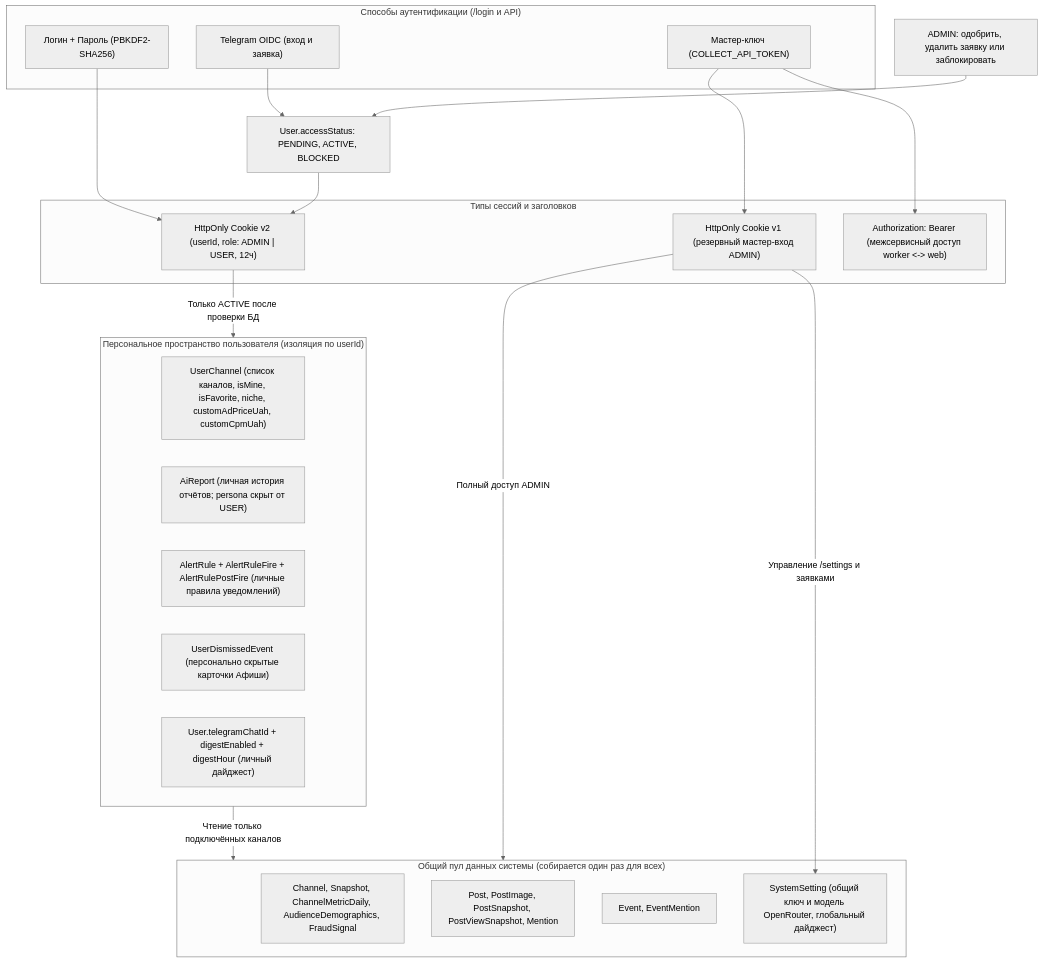
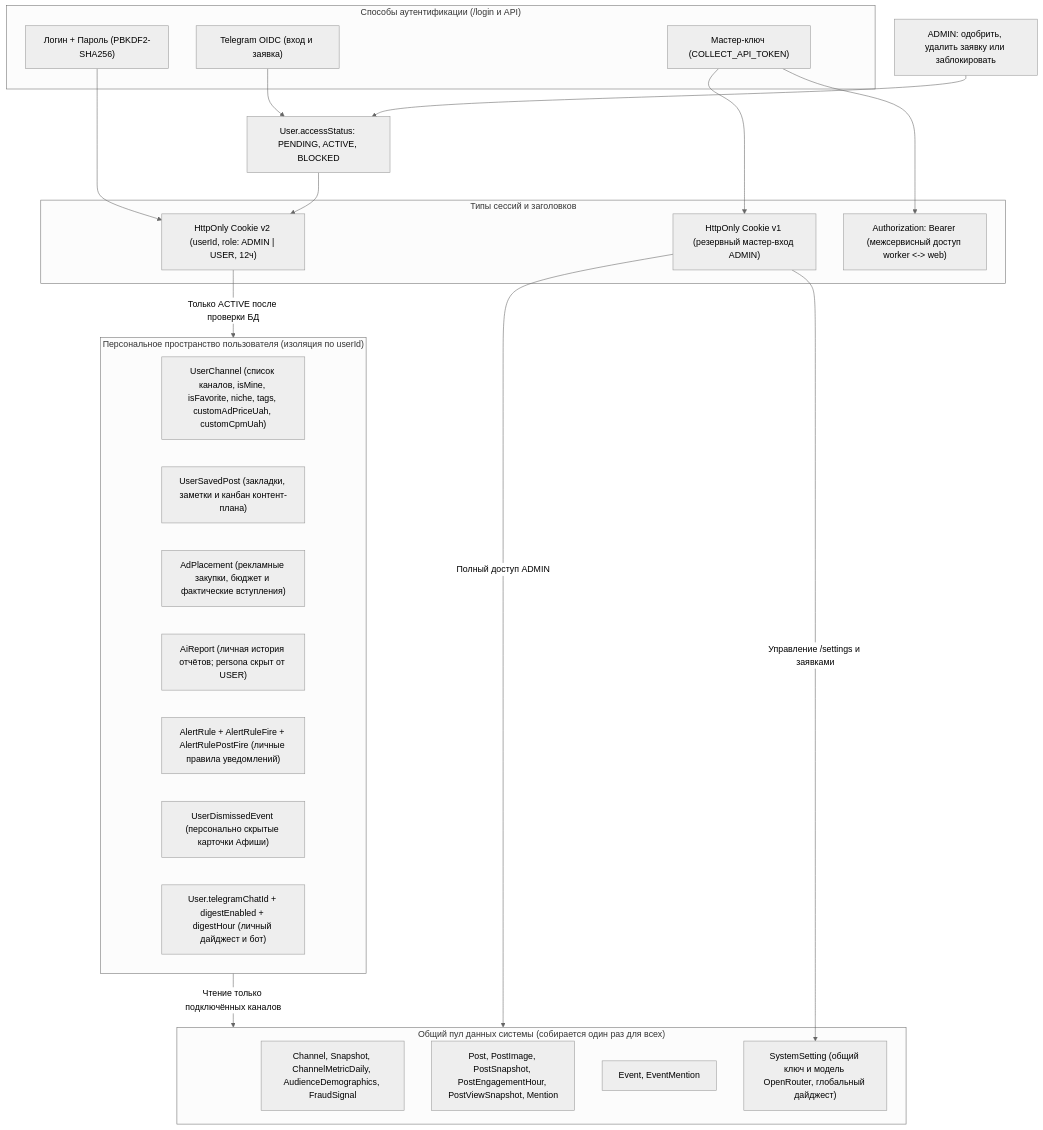
Before and after one commit to liquidsyntes/tg_mons: the fourth of 8 diagrams in docs/architecture.md, drawn with Mermaid (neutral theme). The commit also changed other lines of this file and 9 other files, not shown here.

````diff
--- a/docs/architecture.md
+++ b/docs/architecture.md
@@ -180,44 +189,46 @@
 ```mermaid
 flowchart TB
     subgraph AuthModes["Способы аутентификации (/login и API)"]
         LoginPass["Логин + Пароль (PBKDF2-SHA256)"]
         TelegramOIDC["Telegram OIDC (вход и заявка)"]
         MasterKey["Мастер-ключ (COLLECT_API_TOKEN)"]
     end
 
     subgraph SessionTypes["Типы сессий и заголовков"]
         CookieV2["HttpOnly Cookie v2 (userId, role: ADMIN | USER, 12ч)"]
         CookieV1["HttpOnly Cookie v1 (резервный мастер-вход ADMIN)"]
         Bearer["Authorization: Bearer (межсервисный доступ worker <-> web)"]
     end
 
     Review["User.accessStatus: PENDING, ACTIVE, BLOCKED"]
     AdminDecision["ADMIN: одобрить, удалить заявку или заблокировать"]
 
     subgraph PersonalWorkspace["Персональное пространство пользователя (изоляция по userId)"]
-        UC["UserChannel (список каналов, isMine, isFavorite, niche, customAdPriceUah, customCpmUah)"]
+        UC["UserChannel (список каналов, isMine, isFavorite, niche, tags, customAdPriceUah, customCpmUah)"]
+        USP["UserSavedPost (закладки, заметки и канбан контент-плана)"]
+        ADP["AdPlacement (рекламные закупки, бюджет и фактические вступления)"]
         AIR["AiReport (личная история отчётов; persona скрыт от USER)"]
         AR["AlertRule + AlertRuleFire + AlertRulePostFire (личные правила уведомлений)"]
         UDE["UserDismissedEvent (персонально скрытые карточки Афиши)"]
-        UDigest["User.telegramChatId + digestEnabled + digestHour (личный дайджест)"]
+        UDigest["User.telegramChatId + digestEnabled + digestHour (личный дайджест и бот)"]
     end
 
     subgraph SharedPool["Общий пул данных системы (собирается один раз для всех)"]
         Ch["Channel, Snapshot, ChannelMetricDaily, AudienceDemographics, FraudSignal"]
-        Posts["Post, PostImage, PostSnapshot, PostViewSnapshot, Mention"]
+        Posts["Post, PostImage, PostSnapshot, PostEngagementHour, PostViewSnapshot, Mention"]
         Ev["Event, EventMention"]
         Sys["SystemSetting (общий ключ и модель OpenRouter, глобальный дайджест)"]
     end
 
     LoginPass --> CookieV2
     TelegramOIDC --> Review
     AdminDecision --> Review
     Review --> CookieV2
     MasterKey --> CookieV1
     MasterKey --> Bearer
 
-    CookieV2 -->|Только ACTIVE после проверки БД| PersonalWorkspace
-    PersonalWorkspace -->|Чтение только подключённых каналов| SharedPool
-    CookieV1 -->|Полный доступ ADMIN| SharedPool
+    CookieV2 -->|"Только ACTIVE после проверки БД"| PersonalWorkspace
+    PersonalWorkspace -->|"Чтение только подключённых каналов"| SharedPool
+    CookieV1 -->|"Полный доступ ADMIN"| SharedPool
     CookieV1 -->|"Управление /settings и заявками"| Sys
 ```
````
